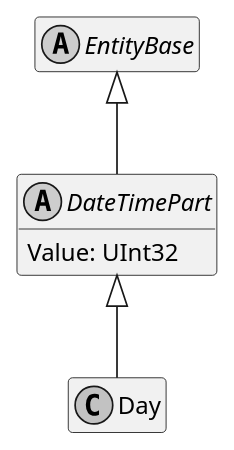
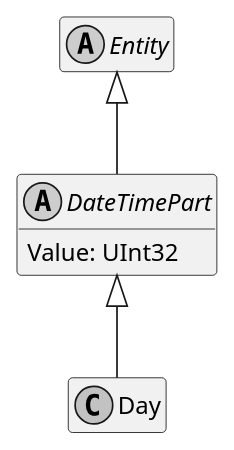
The diagram in Documentation/Generated/Models/DoofesZeug.Models.DateAndTime.Part.Date/Day.puml (ObiWanLansi/DoofesZeug), drawn with PlantUML before and after one commit. The commit also changed 114 other files, not shown here.

Commit message:
Rename EnitityBase To Entity

```diff
--- a/Documentation/Generated/Models/DoofesZeug.Models.DateAndTime.Part.Date/Day.puml
+++ b/Documentation/Generated/Models/DoofesZeug.Models.DateAndTime.Part.Date/Day.puml
@@ -1,19 +1,19 @@
 @startuml
 skinparam monochrome true
 hide empty members
 
-abstract class EntityBase {
+abstract class Entity {
 }
 
-EntityBase <|-- DateTimePart
+Entity <|-- DateTimePart
 
 abstract class DateTimePart {
     Value: UInt32
 }
 
 DateTimePart <|-- Day
 
 class Day {
 }
 
 @enduml
```
